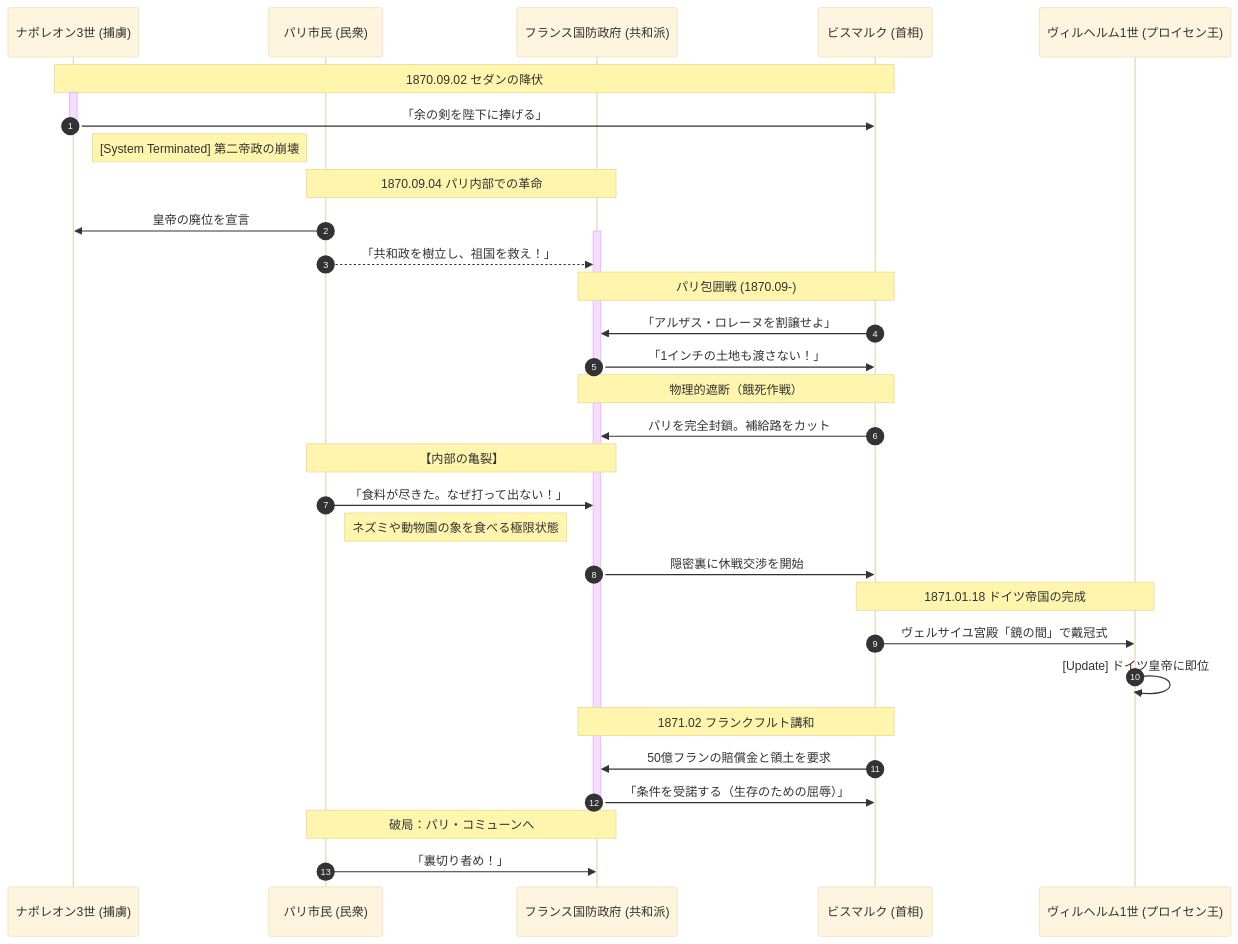
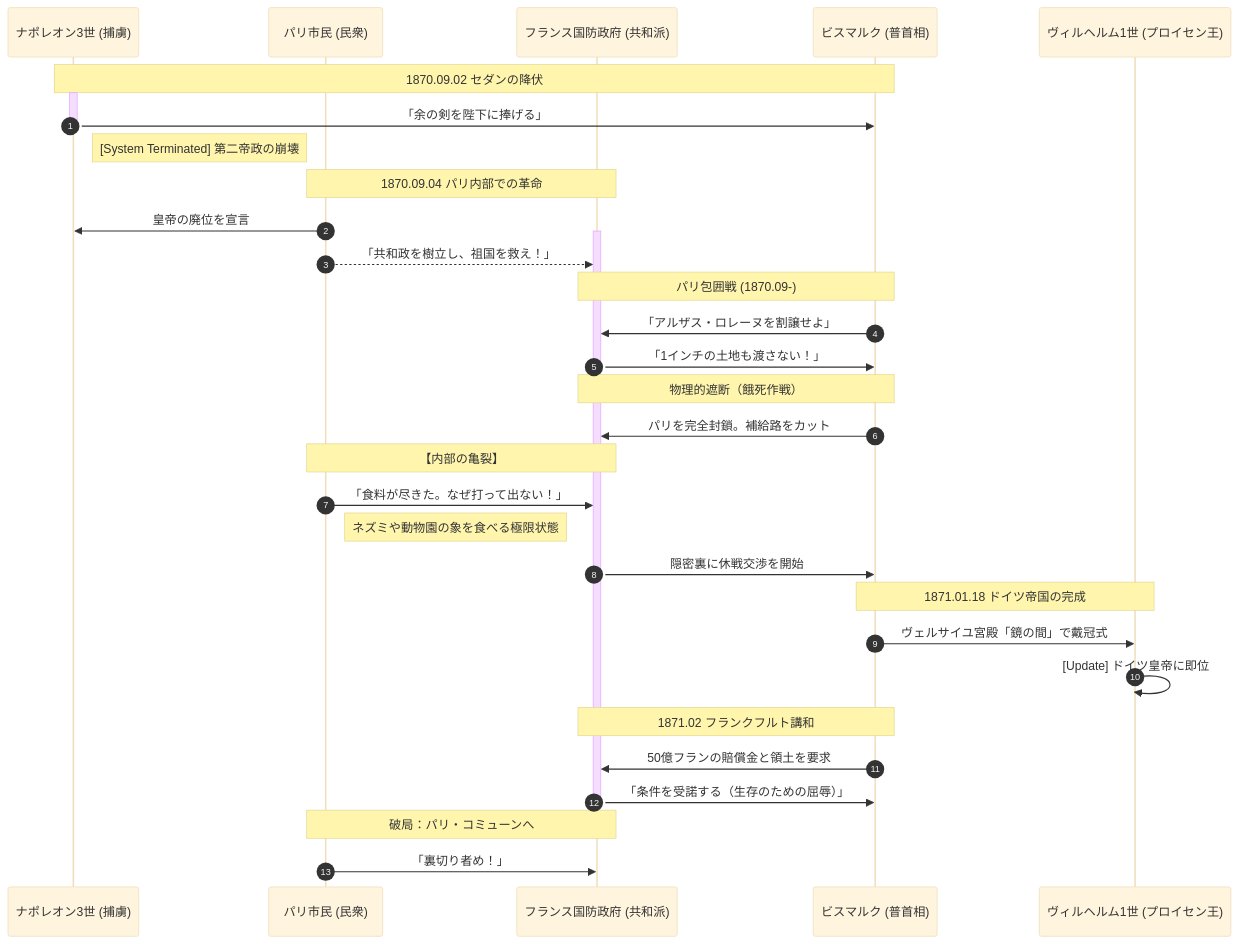
Before and after one commit to aokicreativeoffice/AokiCreativeOfficeGTD: the second of 2 diagrams in 02_zettelkasten/21_domain/history/event/普仏戦争.md, drawn with Mermaid (base theme). The commit also changed 1 other file, not shown here.

Commit message:
vault backup: 2026-03-26 10:27:01

````diff
--- a/02_zettelkasten/21_domain/history/event/普仏戦争.md
+++ b/02_zettelkasten/21_domain/history/event/普仏戦争.md
@@ -54,46 +54,46 @@
 ```mermaid
 sequenceDiagram
     autonumber
     participant NP3 as ナポレオン3世 (捕虜)
     participant PRS as パリ市民 (民衆)
     participant GOV as フランス国防政府 (共和派)
-    participant BSM as ビスマルク (首相)
+    participant BSM as ビスマルク (普首相)
     participant KNG as ヴィルヘルム1世 (プロイセン王)
 
     Note over NP3, BSM: 1870.09.02 セダンの降伏
     activate NP3
     NP3->>BSM: 「余の剣を陛下に捧げる」
     deactivate NP3
     Note right of NP3: [System Terminated] 第二帝政の崩壊
     
     Note over PRS, GOV: 1870.09.04 パリ内部での革命
     PRS->>NP3: 皇帝の廃位を宣言
     
     %% 新規アクターとして国防政府を活性化
     activate GOV
     PRS-->>GOV: 「共和政を樹立し、祖国を救え！」
     
     Note over GOV, BSM: パリ包囲戦 (1870.09-)
     BSM->>GOV: 「アルザス・ロレーヌを割譲せよ」
     GOV->>BSM: 「1インチの土地も渡さない！」
     
     Note over BSM, GOV: 物理的遮断（餓死作戦）
     BSM->>GOV: パリを完全封鎖。補給路をカット
     
     Note over PRS, GOV: 【内部の亀裂】
     PRS->>GOV: 「食料が尽きた。なぜ打って出ない！」
     Note right of PRS: ネズミや動物園の象を食べる極限状態
     GOV->>BSM: 隠密裏に休戦交渉を開始
     
     Note over BSM, KNG: 1871.01.18 ドイツ帝国の完成
     BSM->>KNG: ヴェルサイユ宮殿「鏡の間」で戴冠式
     KNG->>KNG: [Update] ドイツ皇帝に即位
     
     Note over GOV, BSM: 1871.02 フランクフルト講和
     BSM->>GOV: 50億フランの賠償金と領土を要求
     GOV->>BSM: 「条件を受諾する（生存のための屈辱）」
     deactivate GOV
     
     Note over PRS, GOV: 破局：パリ・コミューンへ
     PRS->>GOV: 「裏切り者め！」
 ```
````
